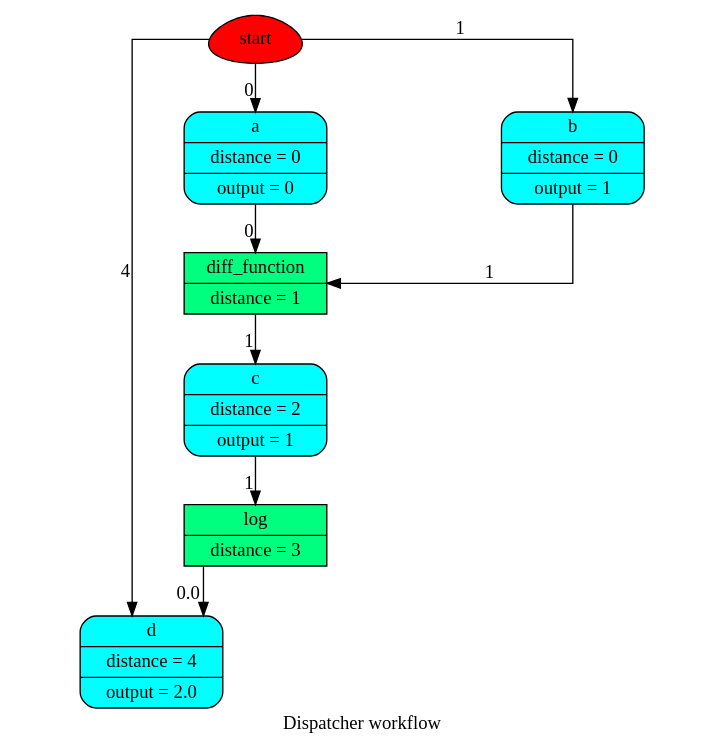
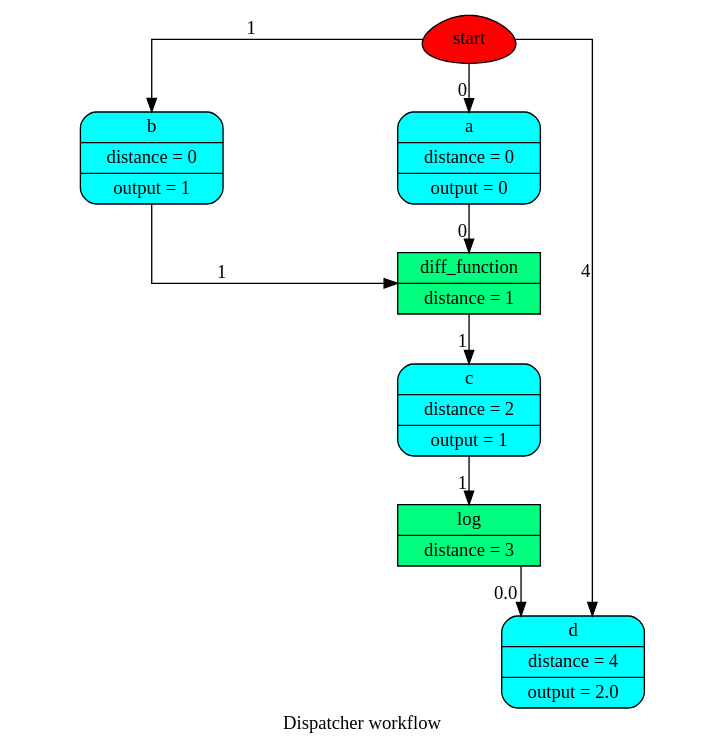
The diagram in doc/source/dispatcher/__init__/Dispatcher/wf.dot (vinci1it2000/schedula), drawn with Graphviz before and after one commit. The commit also changed 25 other files, not shown here.

```diff
--- a/doc/source/dispatcher/__init__/Dispatcher/wf.dot
+++ b/doc/source/dispatcher/__init__/Dispatcher/wf.dot
@@ -1,21 +1,21 @@
 digraph Dispatcher {
 	graph [ratio=1]
 	node [style=filled]
+	splines = ortho
 	label = "Dispatcher workflow"
-	splines = ortho
-		Dispatcher_4373713328 [label=start fillcolor=red shape=egg]
-		Dispatcher_7813220925901612792 [label="{ c | distance = 2 | output = 1 }" fillcolor=cyan shape=Mrecord]
-		"Dispatcher_-6038867426217595374" [label="{ d | distance = 4 | output = 2.0 }" fillcolor=cyan shape=Mrecord]
-		"Dispatcher_-338598454330322603" [label="{ log | distance = 3 }" fillcolor=springgreen shape=record]
-		"Dispatcher_-6776210645888712586" [label="{ a | distance = 0 | output = 0 }" fillcolor=cyan shape=Mrecord]
-		Dispatcher_3634755706586891528 [label="{ b | distance = 0 | output = 1 }" fillcolor=cyan shape=Mrecord]
-		Dispatcher_5843724239791031533 [label="{ diff_function | distance = 1 }" fillcolor=springgreen shape=record]
-			Dispatcher_4373713328 -> Dispatcher_3634755706586891528 [xlabel=1]
-			Dispatcher_4373713328 -> "Dispatcher_-6038867426217595374" [xlabel=4]
-			Dispatcher_4373713328 -> "Dispatcher_-6776210645888712586" [xlabel=0]
-			Dispatcher_7813220925901612792 -> "Dispatcher_-338598454330322603" [xlabel=1]
-			"Dispatcher_-338598454330322603" -> "Dispatcher_-6038867426217595374" [xlabel=0.0]
-			"Dispatcher_-6776210645888712586" -> Dispatcher_5843724239791031533 [xlabel=0]
-			Dispatcher_3634755706586891528 -> Dispatcher_5843724239791031533 [xlabel=1]
-			Dispatcher_5843724239791031533 -> Dispatcher_7813220925901612792 [xlabel=1]
+		Dispatcher_4373643456 [label=start fillcolor=red shape=egg]
+		Dispatcher_8642698689935103924 [label="{ c | distance = 2 | output = 1 }" fillcolor=cyan shape=Mrecord]
+		"Dispatcher_-2983748606465057082" [label="{ log | distance = 3 }" fillcolor=springgreen shape=record]
+		Dispatcher_4091537378154039687 [label="{ b | distance = 0 | output = 1 }" fillcolor=cyan shape=Mrecord]
+		Dispatcher_389446077830260635 [label="{ diff_function | distance = 1 }" fillcolor=springgreen shape=record]
+		"Dispatcher_-1841214044933314468" [label="{ a | distance = 0 | output = 0 }" fillcolor=cyan shape=Mrecord]
+		"Dispatcher_-4429513020801161489" [label="{ d | distance = 4 | output = 2.0 }" fillcolor=cyan shape=Mrecord]
+			Dispatcher_4373643456 -> "Dispatcher_-4429513020801161489" [xlabel=4]
+			Dispatcher_4373643456 -> "Dispatcher_-1841214044933314468" [xlabel=0]
+			Dispatcher_4373643456 -> Dispatcher_4091537378154039687 [xlabel=1]
+			Dispatcher_8642698689935103924 -> "Dispatcher_-2983748606465057082" [xlabel=1]
+			"Dispatcher_-2983748606465057082" -> "Dispatcher_-4429513020801161489" [xlabel=0.0]
+			Dispatcher_4091537378154039687 -> Dispatcher_389446077830260635 [xlabel=1]
+			Dispatcher_389446077830260635 -> Dispatcher_8642698689935103924 [xlabel=1]
+			"Dispatcher_-1841214044933314468" -> Dispatcher_389446077830260635 [xlabel=0]
 }
```
